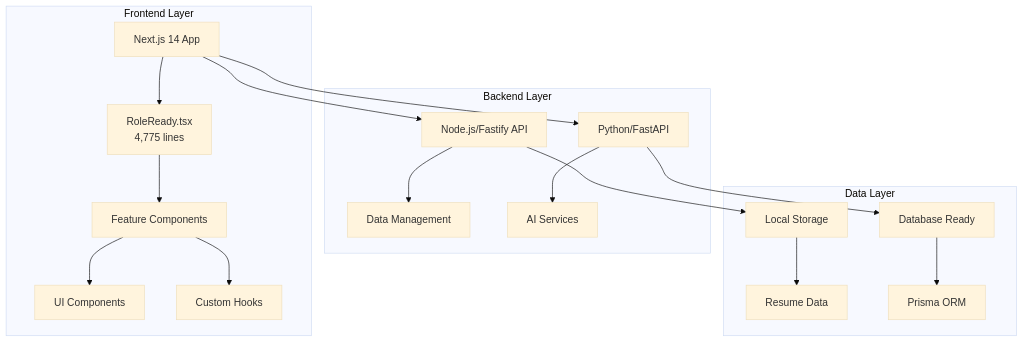
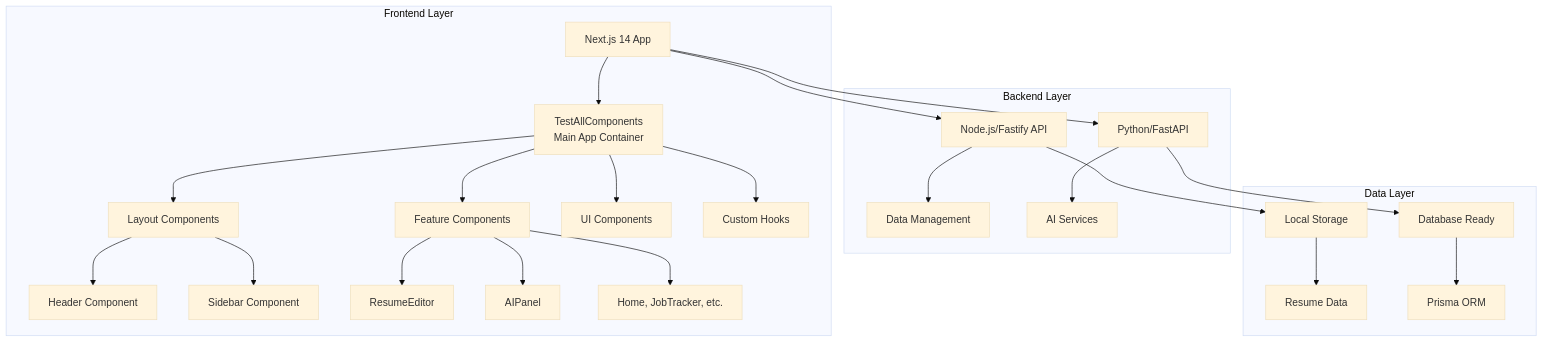
Before and after one commit to dvskr/RoleReady-FullStack: the first of 3 diagrams in README.md, drawn with Mermaid (base theme). The commit also changed other lines of this file and 1 other file, not shown here.

Commit message:
modularized all the components

````diff
--- a/README.md
+++ b/README.md
@@ -116,24 +116,30 @@
 ```mermaid
 graph TB
     subgraph "Frontend Layer"
-        A[Next.js 14 App] --> B[RoleReady.tsx<br/>4,775 lines]
-        B --> C[Feature Components]
-        C --> D[UI Components]
-        C --> E[Custom Hooks]
+        A[Next.js 14 App] --> B[TestAllComponents<br/>Main App Container]
+        B --> C[Layout Components]
+        C --> D[Header Component]
+        C --> E[Sidebar Component]
+        B --> F[Feature Components]
+        F --> G[ResumeEditor]
+        F --> H[AIPanel]
+        F --> I[Home, JobTracker, etc.]
+        B --> J[UI Components]
+        B --> K[Custom Hooks]
     end
     
     subgraph "Backend Layer"
-        F[Node.js/Fastify API] --> G[Data Management]
-        H[Python/FastAPI] --> I[AI Services]
+        L[Node.js/Fastify API] --> M[Data Management]
+        N[Python/FastAPI] --> O[AI Services]
     end
     
     subgraph "Data Layer"
-        J[Local Storage] --> K[Resume Data]
-        L[Database Ready] --> M[Prisma ORM]
+        P[Local Storage] --> Q[Resume Data]
+        R[Database Ready] --> S[Prisma ORM]
     end
     
-    A --> F
-    A --> H
-    F --> J
-    H --> L
+    A --> L
+    A --> N
+    L --> P
+    N --> R
 ```
````
